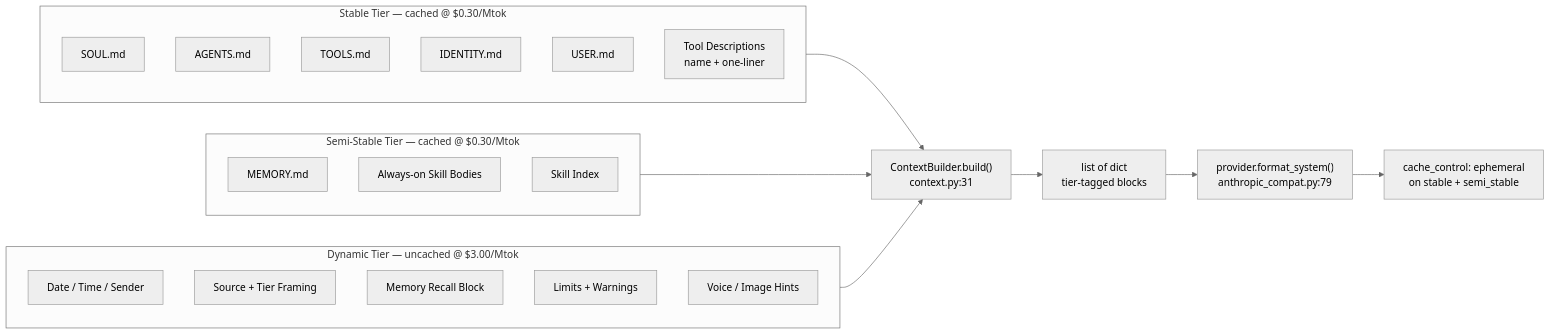
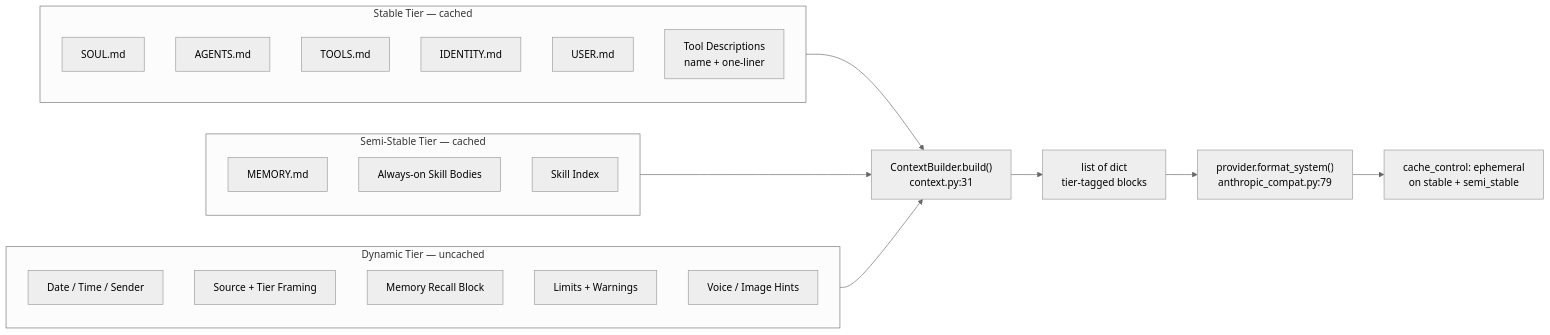
One commit to nicolasforstinger/lucyd changed the third of 8 diagrams in docs/diagrams.md. Above: the diagram before and after it, drawn with Mermaid (neutral theme).

Commit message:
fix: remove hardcoded pricing from context building diagram
Provider-specific costs don't belong in architecture diagrams — they
drift and are already documented in provider files.

````diff
--- a/docs/diagrams.md
+++ b/docs/diagrams.md
@@ -92,35 +92,35 @@
 ```mermaid
 flowchart LR
-    subgraph Stable["Stable Tier — cached @ $0.30/Mtok"]
+    subgraph Stable["Stable Tier — cached"]
         SOUL["SOUL.md"]
         AGENTS["AGENTS.md"]
         TOOLS_MD["TOOLS.md"]
         IDENTITY["IDENTITY.md"]
         USER_MD["USER.md"]
         TOOL_DESC["Tool Descriptions<br/>name + one-liner"]
     end
 
-    subgraph Semi["Semi-Stable Tier — cached @ $0.30/Mtok"]
+    subgraph Semi["Semi-Stable Tier — cached"]
         MEMORY_MD["MEMORY.md"]
         SKILLS["Always-on Skill Bodies"]
         SKILL_IDX["Skill Index"]
     end
 
-    subgraph Dynamic["Dynamic Tier — uncached @ $3.00/Mtok"]
+    subgraph Dynamic["Dynamic Tier — uncached"]
         TIME["Date / Time / Sender"]
         SOURCE["Source + Tier Framing"]
         RECALL["Memory Recall Block"]
         LIMITS["Limits + Warnings"]
         VOICE["Voice / Image Hints"]
     end
 
     BUILD["ContextBuilder.build()<br/>context.py:31"]
     BLOCKS["list of dict<br/>tier-tagged blocks"]
     FORMAT["provider.format_system()<br/>anthropic_compat.py:79"]
     CACHED["cache_control: ephemeral<br/>on stable + semi_stable"]
 
     Stable --> BUILD
     Semi --> BUILD
     Dynamic --> BUILD
     BUILD --> BLOCKS --> FORMAT --> CACHED
 ```
````
